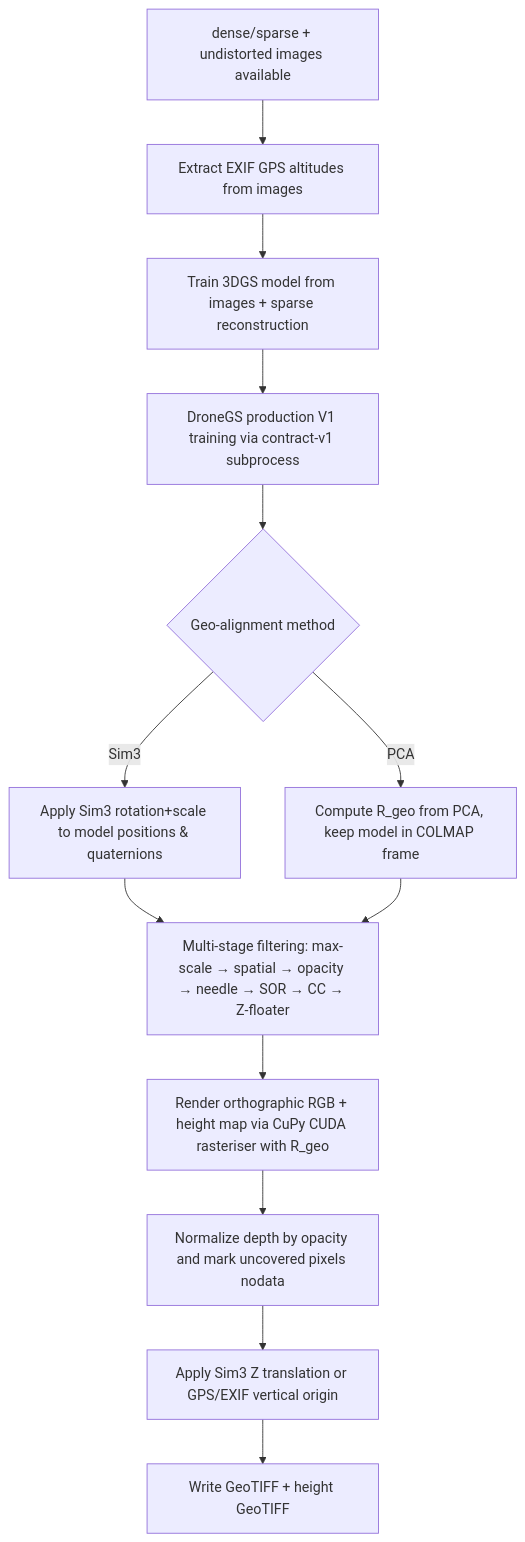
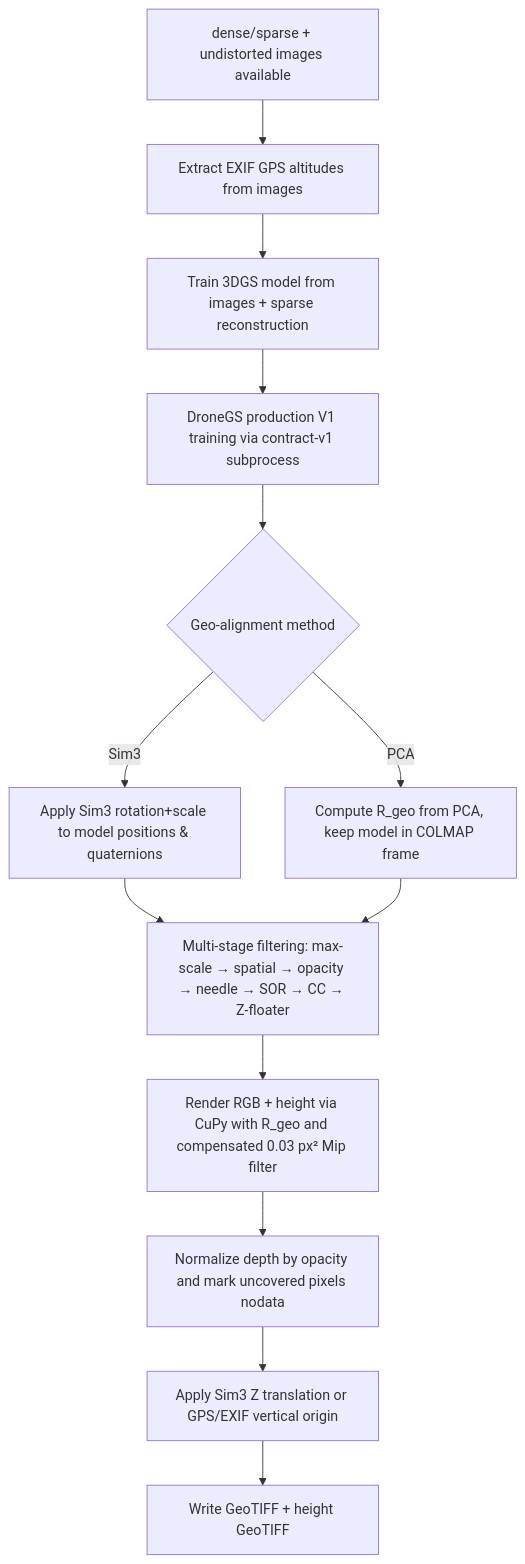
Before and after one commit to olivelb/DroneAI: the fourth of 7 diagrams in DOCUMENTATION.md, drawn with Mermaid. The commit also changed other lines of this file and 26 other files, not shown here.

````diff
--- a/DOCUMENTATION.md
+++ b/DOCUMENTATION.md
@@ -1269,15 +1286,15 @@
 ```mermaid
 flowchart TD
   A[dense/sparse + undistorted images available] --> C0[Extract EXIF GPS altitudes from images]
   C0 --> C[Train 3DGS model from images + sparse reconstruction]
   C --> C1[DroneGS production V1 training via contract-v1 subprocess]
   C1 --> C2{Geo-alignment method}
   C2 -->|Sim3| D1[Apply Sim3 rotation+scale to model positions & quaternions]
   C2 -->|PCA| D2[Compute R_geo from PCA, keep model in COLMAP frame]
   D1 --> D[Multi-stage filtering: max-scale → spatial → opacity → needle → SOR → CC → Z-floater]
   D2 --> D
-  D --> E[Render orthographic RGB + height map via CuPy CUDA rasteriser with R_geo]
+  D --> E[Render RGB + height via CuPy with R_geo and compensated 0.03 px² Mip filter]
   E --> E1[Normalize depth by opacity and mark uncovered pixels nodata]
   E1 --> E2[Apply Sim3 Z translation or GPS/EXIF vertical origin]
   E2 --> H[Write GeoTIFF + height GeoTIFF]
 ```
````
